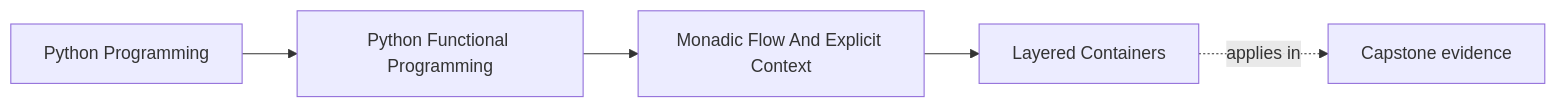
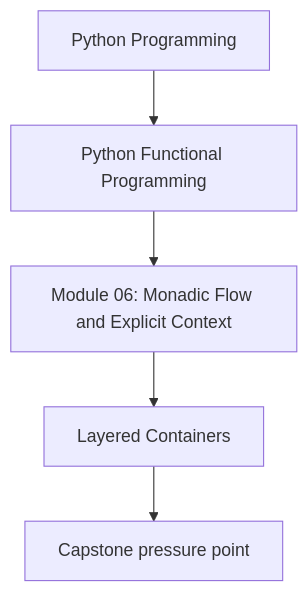
The first of 2 diagrams in programs/python-programming/python-functional-programming/course-book/module-06-monadic-flow-and-explicit-context/layered-containers.md (bijux/bijux-masterclass), drawn with Mermaid before and after one commit. The commit also changed other lines of this file and 118 other files, not shown here.

Commit message:
docs(python-functional-programming): align concept page diagrams

````diff
--- a/programs/python-programming/python-functional-programming/course-book/module-06-monadic-flow-and-explicit-context/layered-containers.md
+++ b/programs/python-programming/python-functional-programming/course-book/module-06-monadic-flow-and-explicit-context/layered-containers.md
@@ -7,11 +7,7 @@
 ```mermaid
-graph LR
-  family["Python Programming"]
-  program["Python Functional Programming"]
-  section["Monadic Flow And Explicit Context"]
-  page["Layered Containers"]
-  capstone["Capstone evidence"]
-
-  family --> program --> section --> page
-  page -.applies in.-> capstone
+flowchart TD
+  family["Python Programming"] --> program["Python Functional Programming"]
+  program --> module["Module 06: Monadic Flow and Explicit Context"]
+  module --> concept["Layered Containers"]
+  concept --> capstone["Capstone pressure point"]
 ```
````
